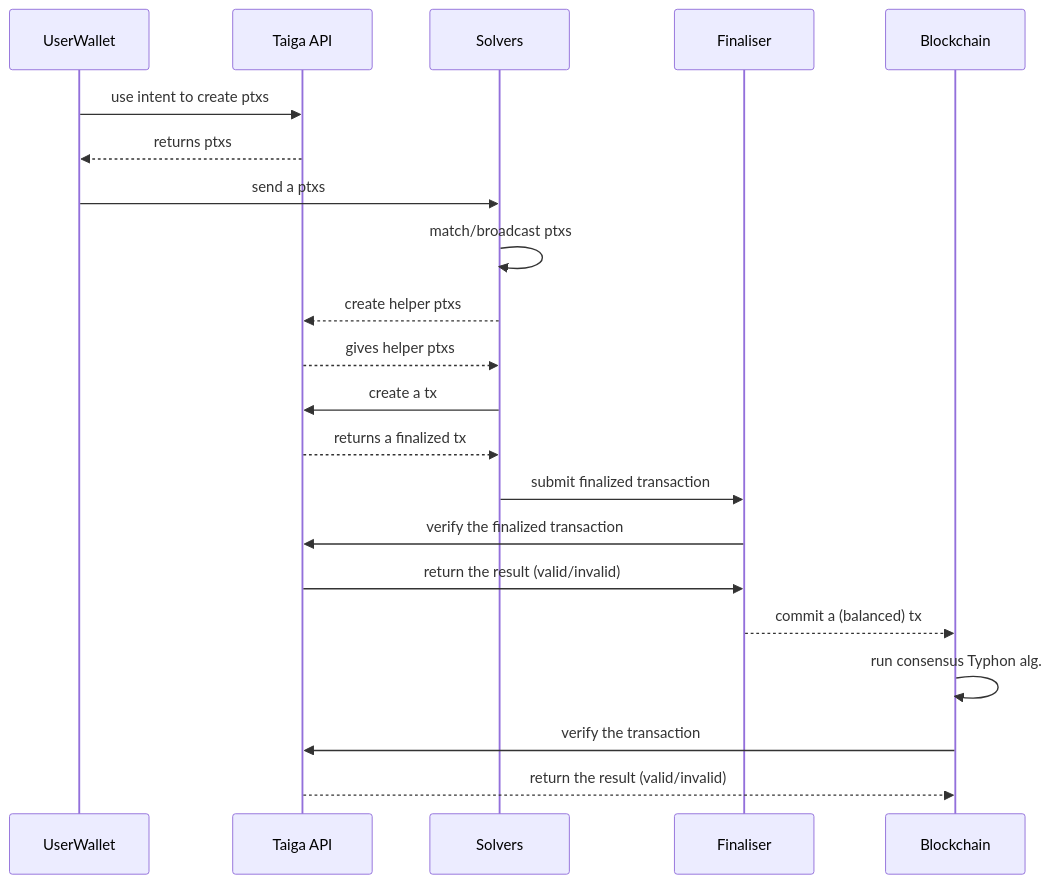
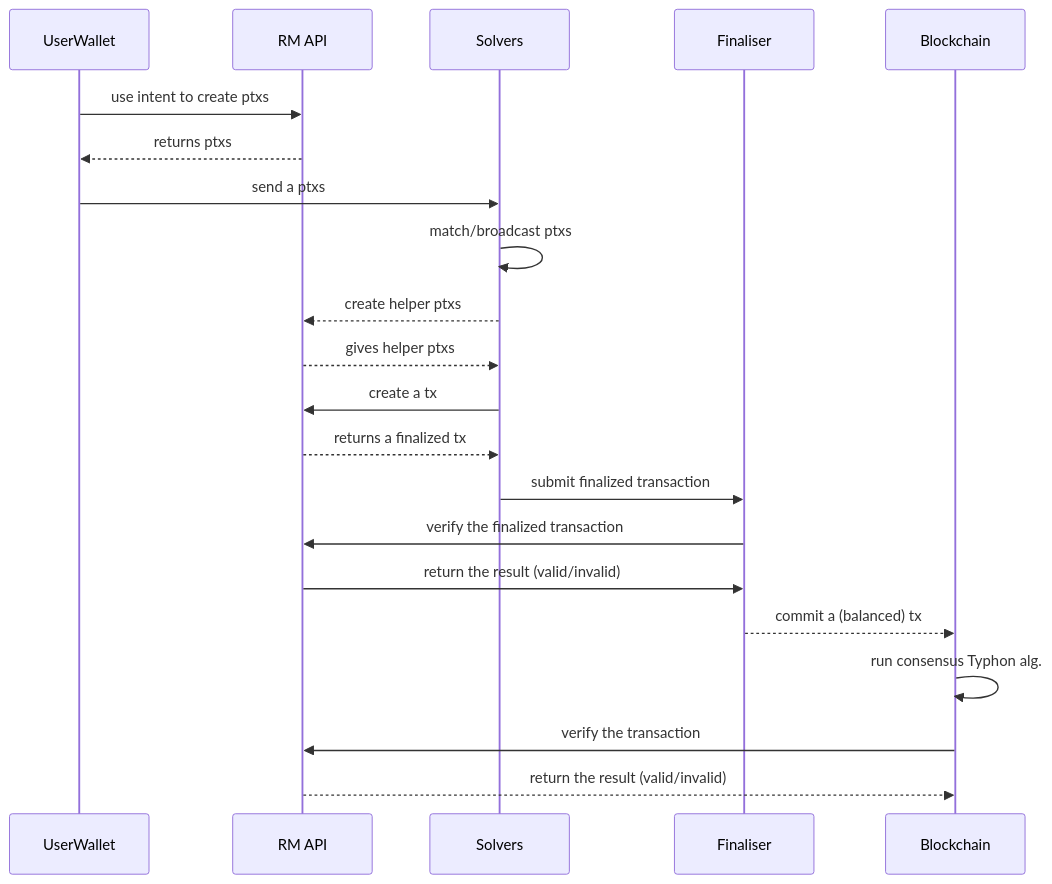
One commit to anoma/juvix-docs changed the second of 3 diagrams in docs/index.juvix.md. Above: the diagram before and after it, drawn with Mermaid. The commit also changed other lines of this file and 8 other files, not shown here.

````diff
--- a/docs/index.juvix.md
+++ b/docs/index.juvix.md
@@ -216,18 +152,18 @@
     ```mermaid
     sequenceDiagram
-        UserWallet ->>Taiga API: use intent to create ptxs
-        Taiga API  -->>UserWallet: returns ptxs
+        UserWallet ->>RM API: use intent to create ptxs
+        RM API  -->>UserWallet: returns ptxs
         UserWallet  ->>Solvers: send a ptxs
         Solvers   ->>Solvers: match/broadcast ptxs
-        Solvers  -->>Taiga API: create helper ptxs
-        Taiga API  -->>Solvers: gives helper ptxs
-        Solvers   ->>Taiga API: create a tx
-        Taiga API  -->>Solvers: returns a finalized tx
+        Solvers  -->>RM API: create helper ptxs
+        RM API  -->>Solvers: gives helper ptxs
+        Solvers   ->>RM API: create a tx
+        RM API  -->>Solvers: returns a finalized tx
         Solvers  ->>Finaliser : submit finalized transaction
-            Finaliser ->> Taiga API: verify the finalized transaction
-        Taiga API ->> Finaliser: return the result (valid/invalid)
+            Finaliser ->> RM API: verify the finalized transaction
+        RM API ->> Finaliser: return the result (valid/invalid)
         Finaliser -->> Blockchain: commit a (balanced) tx
         Blockchain ->> Blockchain: run consensus Typhon alg.
-        Blockchain ->> Taiga API: verify the transaction
-        Taiga API -->> Blockchain: return the result (valid/invalid)
+        Blockchain ->> RM API: verify the transaction
+        RM API -->> Blockchain: return the result (valid/invalid)
     ```
````
